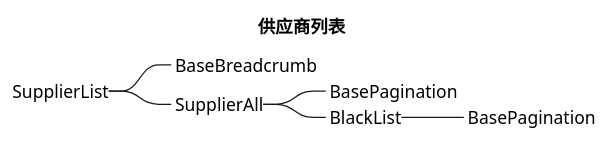
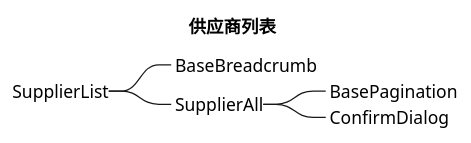
One commit to futurekidult/product changed the first of 5 diagrams in docs/diagram/supplier/supplier.puml. Above: the diagram before and after it, drawn with PlantUML. The commit also changed other lines of this file and 18 other files, not shown here.

```diff
--- a/docs/diagram/supplier/supplier.puml
+++ b/docs/diagram/supplier/supplier.puml
@@ -1,11 +1,10 @@
 @startmindmap
 title 供应商列表
 
 +_ SupplierList
 ++_ BaseBreadcrumb
 ++_ SupplierAll
 +++_ BasePagination
-+++_ BlackList
-++++_ BasePagination
++++_ ConfirmDialog
 
 @endmindmap
```
